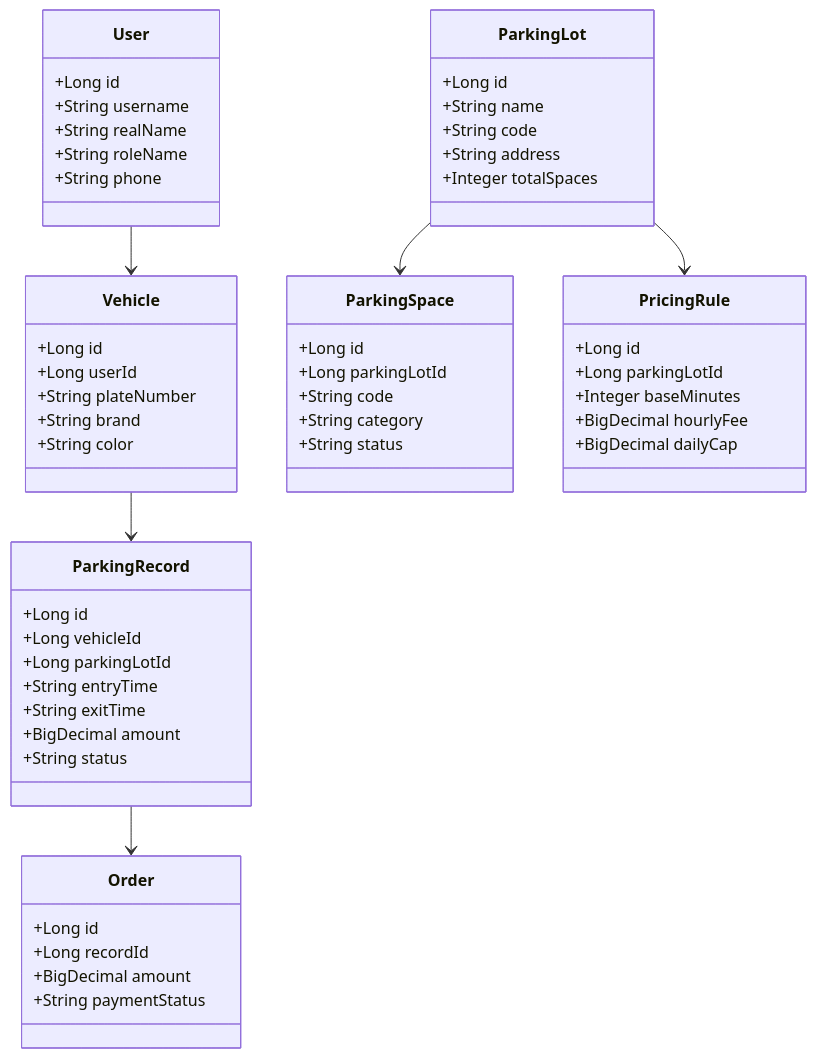
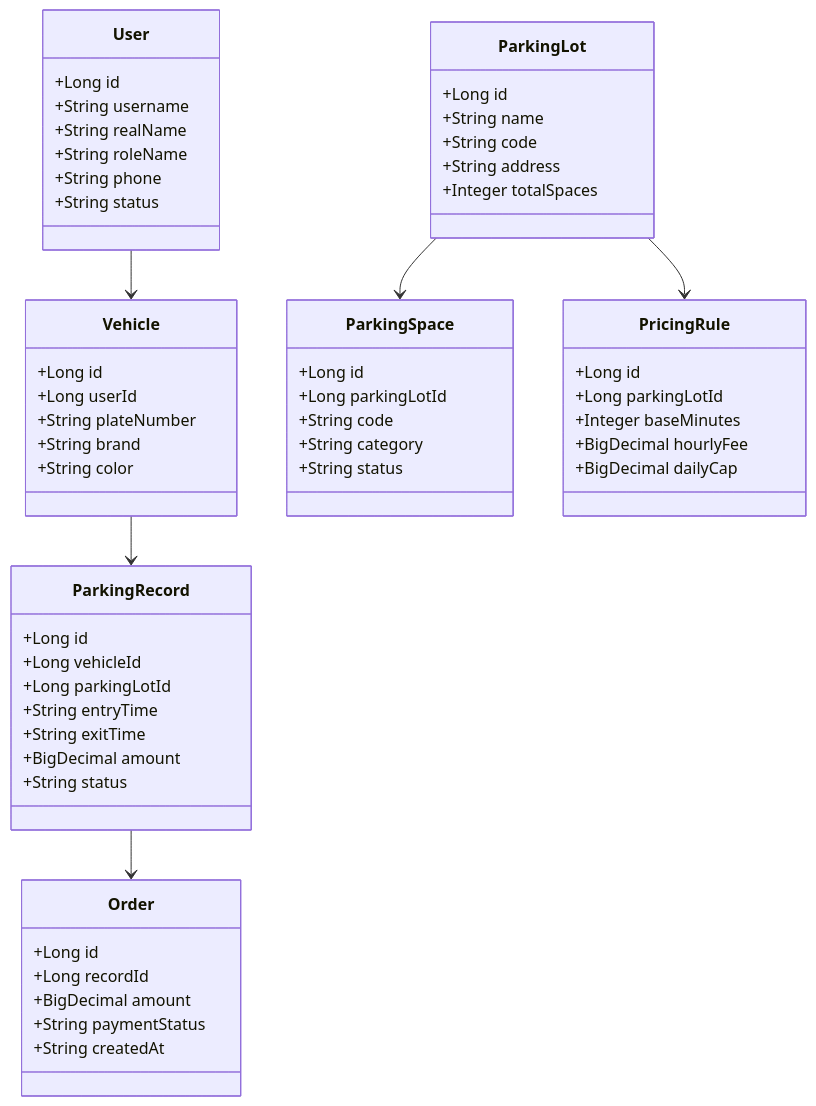
Before and after one commit to wiiiind/city-parking-resource-management-system: the third of 8 diagrams in docs/技术文档.md, drawn with Mermaid. The commit also changed other lines of this file and 11 other files, not shown here.

````diff
--- a/docs/技术文档.md
+++ b/docs/技术文档.md
@@ -51,59 +70,61 @@
 ```mermaid
 classDiagram
     class User {
       +Long id
       +String username
       +String realName
       +String roleName
       +String phone
+      +String status
     }
     class Vehicle {
       +Long id
       +Long userId
       +String plateNumber
       +String brand
       +String color
     }
     class ParkingLot {
       +Long id
       +String name
       +String code
       +String address
       +Integer totalSpaces
     }
     class ParkingSpace {
       +Long id
       +Long parkingLotId
       +String code
       +String category
       +String status
     }
     class PricingRule {
       +Long id
       +Long parkingLotId
       +Integer baseMinutes
       +BigDecimal hourlyFee
       +BigDecimal dailyCap
     }
     class ParkingRecord {
       +Long id
       +Long vehicleId
       +Long parkingLotId
       +String entryTime
       +String exitTime
       +BigDecimal amount
       +String status
     }
     class Order {
       +Long id
       +Long recordId
       +BigDecimal amount
       +String paymentStatus
+      +String createdAt
     }
 
     User --> Vehicle
     ParkingLot --> ParkingSpace
     ParkingLot --> PricingRule
     Vehicle --> ParkingRecord
     ParkingRecord --> Order
 ```
````
